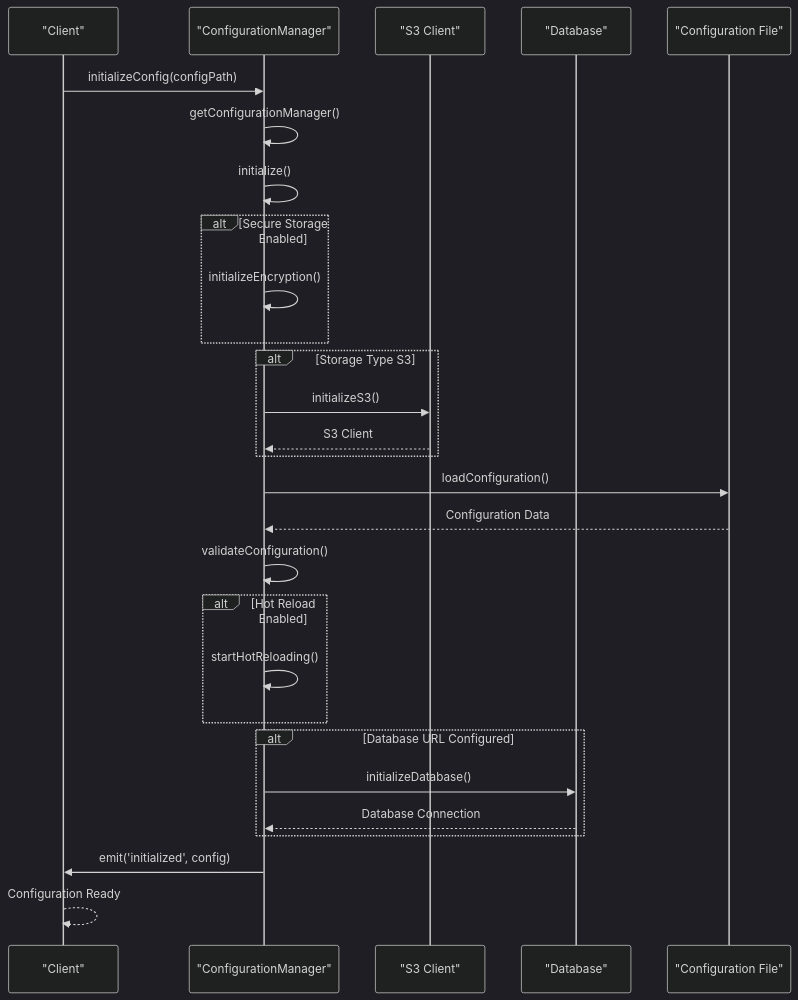
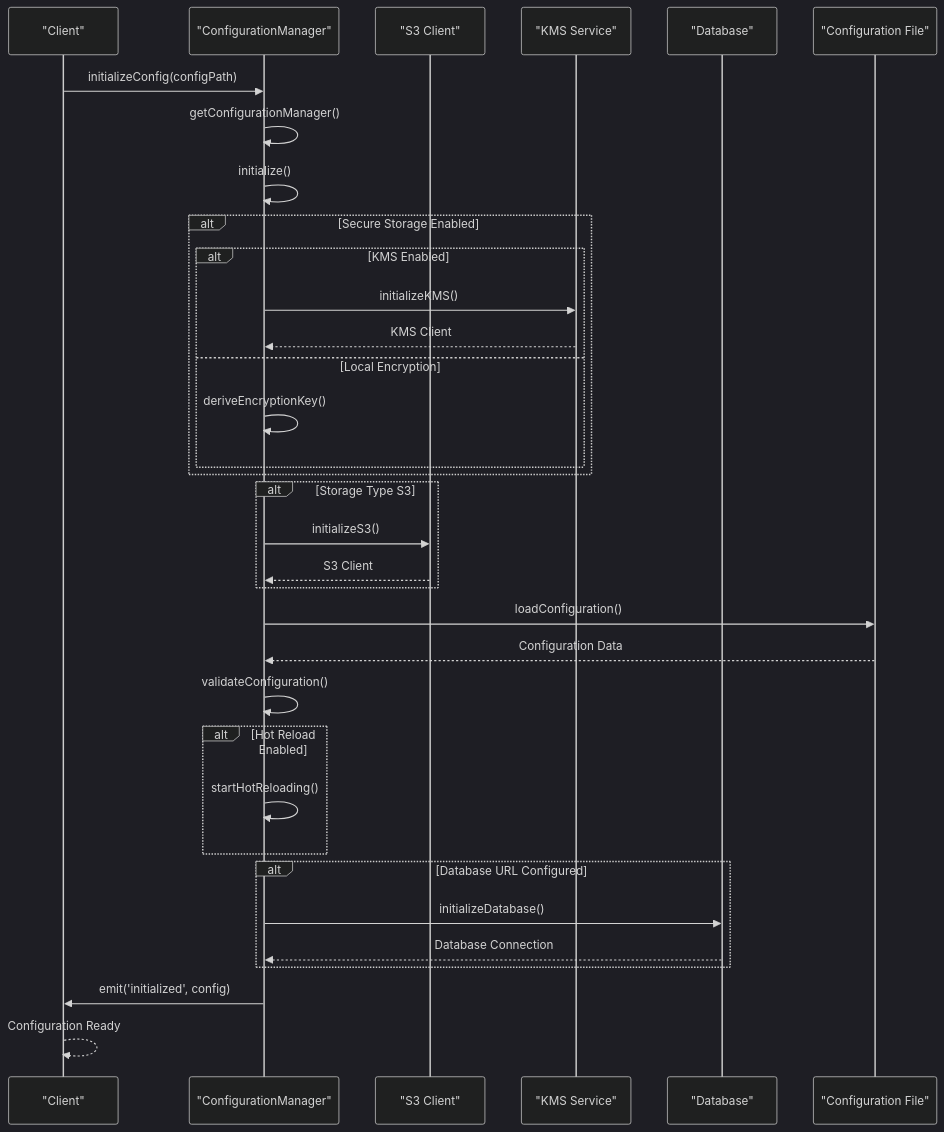
One commit to smedrec/smart-logs changed the sixth of 8 diagrams in .qoder/repowiki/en/content/Audit Core System/Configuration Management/Config Manager Implementation.md. Above: the diagram before and after it, drawn with Mermaid (dark theme). The commit also changed other lines of this file and 21 other files, not shown here.

First line of the commit message:
feat(core): add OTLP exporter and KMS encryption support to audit core system

````diff
--- a/.qoder/repowiki/en/content/Audit Core System/Configuration Management/Config Manager Implementation.md
+++ b/.qoder/repowiki/en/content/Audit Core System/Configuration Management/Config Manager Implementation.md
@@ -447,30 +466,36 @@
 ```mermaid
 sequenceDiagram
 participant Client as "Client"
 participant ConfigManager as "ConfigurationManager"
 participant S3 as "S3 Client"
+participant KMS as "KMS Service"
 participant Database as "Database"
 participant File as "Configuration File"
 Client->>ConfigManager : initializeConfig(configPath)
 ConfigManager->>ConfigManager : getConfigurationManager()
 ConfigManager->>ConfigManager : initialize()
 alt Secure Storage Enabled
-ConfigManager->>ConfigManager : initializeEncryption()
+alt KMS Enabled
+ConfigManager->>KMS : initializeKMS()
+KMS-->>ConfigManager : KMS Client
+else Local Encryption
+ConfigManager->>ConfigManager : deriveEncryptionKey()
+end
 end
 alt Storage Type S3
 ConfigManager->>S3 : initializeS3()
 S3-->>ConfigManager : S3 Client
 end
 ConfigManager->>File : loadConfiguration()
 File-->>ConfigManager : Configuration Data
 ConfigManager->>ConfigManager : validateConfiguration()
 alt Hot Reload Enabled
 ConfigManager->>ConfigManager : startHotReloading()
 end
 alt Database URL Configured
 ConfigManager->>Database : initializeDatabase()
 Database-->>ConfigManager : Database Connection
 end
 ConfigManager->>Client : emit('initialized', config)
 Client-->>Client : Configuration Ready
 ```
````
